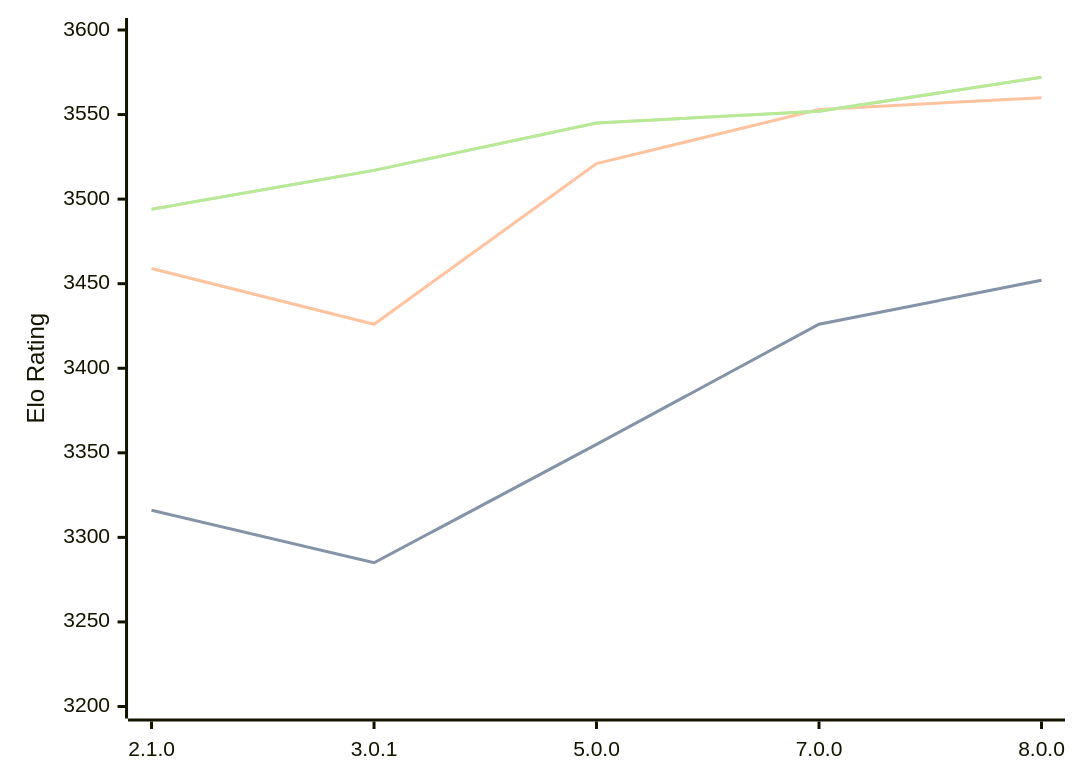
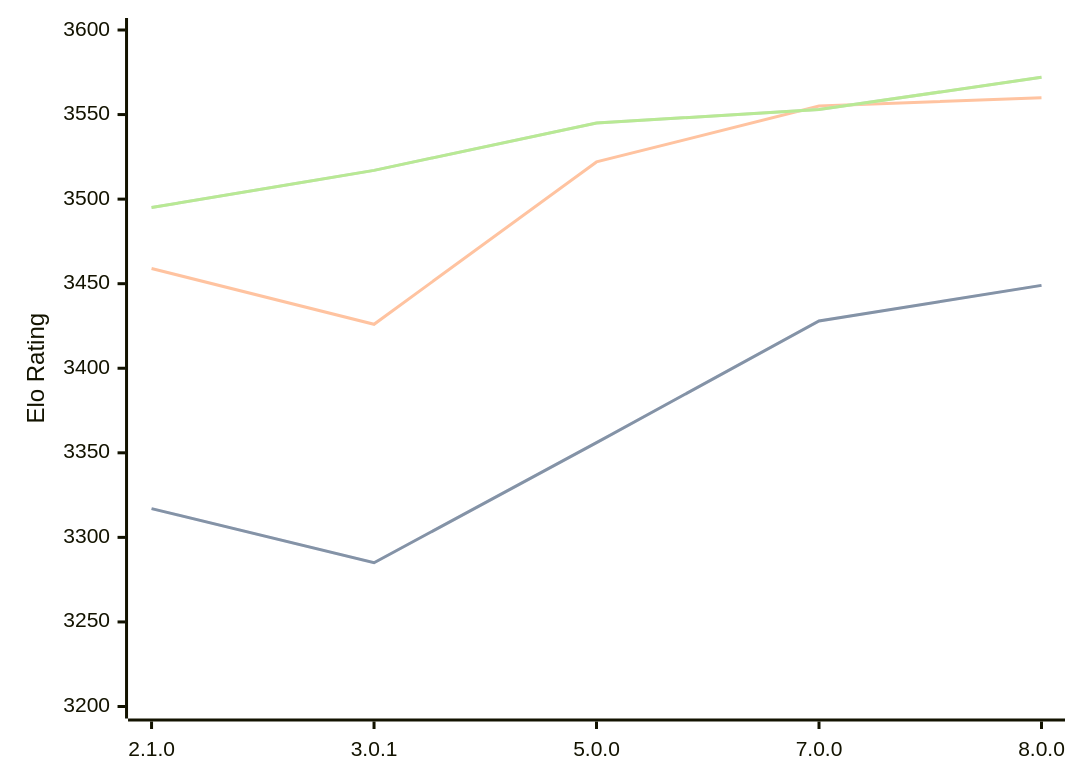
Before and after one commit to computer-chess-index/cci: the diagram in engines/PlentyChess.md, drawn with Mermaid. The commit also changed other lines of this file, not shown here.

Commit message:
Update CCI Ratings (ELO VLTC) - 2026-08-10

````diff
--- a/engines/PlentyChess.md
+++ b/engines/PlentyChess.md
@@ -37,11 +37,11 @@
 ```mermaid
 %%{init: {"theme":"base","themeVariables":{"seriesColors:['#a3a3a3','#222221','#faa371']}}}%%
 xychart-beta
   x-axis ["2.1.0", "3.0.1", "5.0.0", "7.0.0", "8.0.0"]
   y-axis "Elo Rating" 3200 --> 3600
-  line "STC (8.0+0.08s)" [3316, 3285, 3355, 3426, 3452]
-  line "STC (8.0+0.08s)" [3316, 3285, 3355, 3426, 3452]
-  line "LTC (60.0+0.60s)" [3459, 3426, 3521, 3553, 3560]
-  line "VLTC (2m24s+1.12s)" [3494, 3517, 3545, 3552, 3572]
-  line "VLTC (2m24s+1.12s)" [3494, 3517, 3545, 3552, 3572]
+  line "STC (8.0+0.08s)" [3317, 3285, 3356, 3428, 3449]
+  line "STC (8.0+0.08s)" [3317, 3285, 3356, 3428, 3449]
+  line "LTC (60.0+0.60s)" [3459, 3426, 3522, 3555, 3560]
+  line "VLTC (2m24s+1.12s)" [3495, 3517, 3545, 3553, 3572]
+  line "VLTC (2m24s+1.12s)" [3495, 3517, 3545, 3553, 3572]
 ```
````
